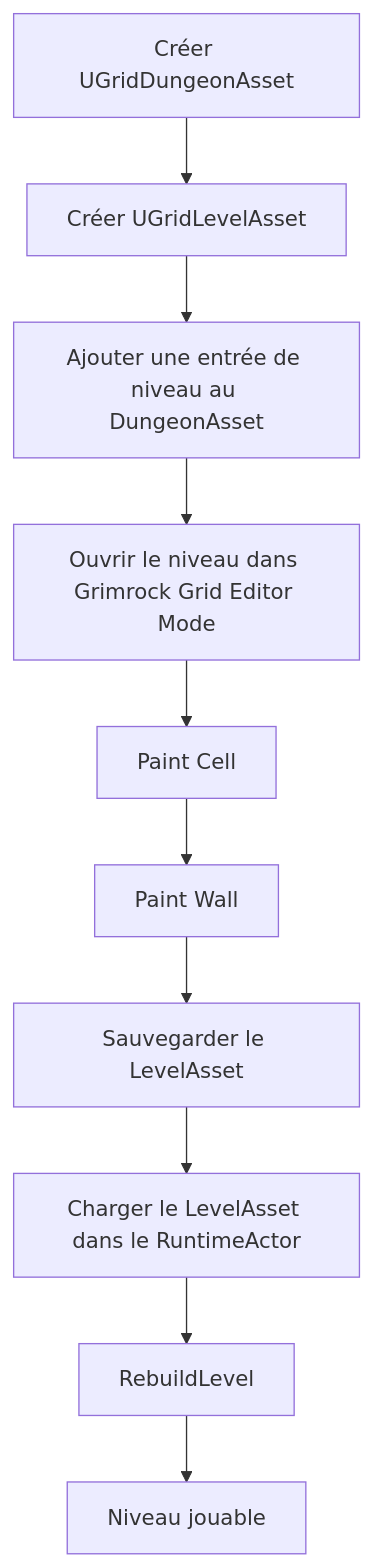
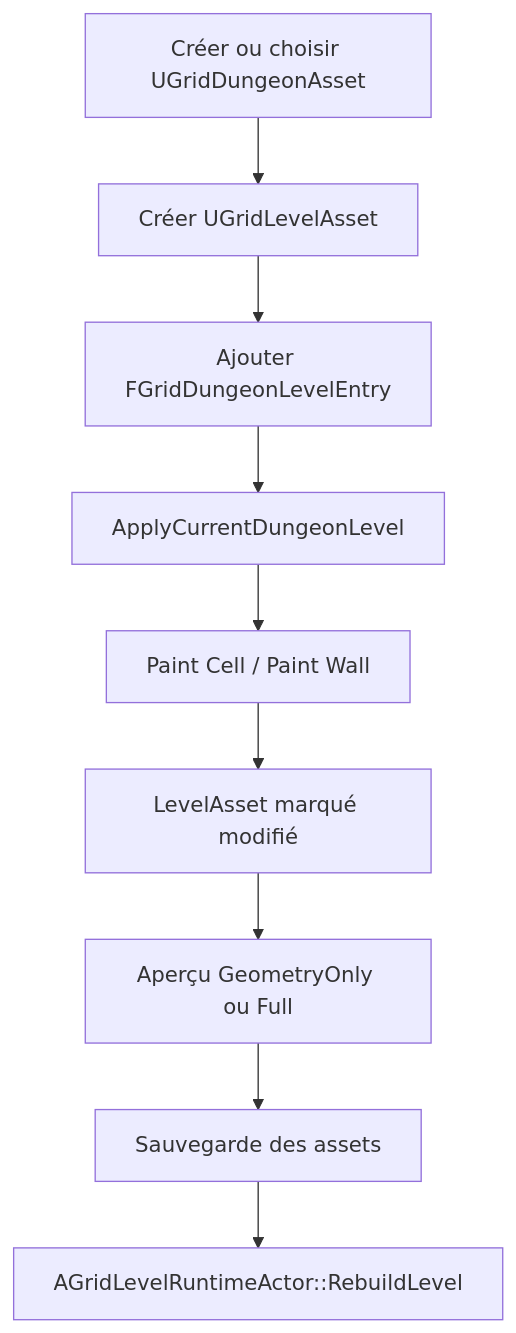
One commit to PhilippeMartin1964/GrimrockPrototype changed the third of 4 diagrams in docs/Architecture/CORE_DUNGEON_LEVEL_GRID.md. Above: the diagram before and after it, drawn with Mermaid. The commit also changed other lines of this file, not shown here.

Commit message:
Review core dungeon grid documentation against code

````diff
--- a/docs/Architecture/CORE_DUNGEON_LEVEL_GRID.md
+++ b/docs/Architecture/CORE_DUNGEON_LEVEL_GRID.md
@@ -537,12 +526,11 @@
 ```mermaid
 flowchart TD
-    A[Créer UGridDungeonAsset] --> B[Créer UGridLevelAsset]
-    B --> C[Ajouter une entrée de niveau au DungeonAsset]
-    C --> D[Ouvrir le niveau dans Grimrock Grid Editor Mode]
-    D --> E[Paint Cell]
-    E --> F[Paint Wall]
-    F --> G[Sauvegarder le LevelAsset]
-    G --> H[Charger le LevelAsset dans le RuntimeActor]
-    H --> I[RebuildLevel]
-    I --> J[Niveau jouable]
+    A[Créer ou choisir UGridDungeonAsset] --> B[Créer UGridLevelAsset]
+    B --> C[Ajouter FGridDungeonLevelEntry]
+    C --> D[ApplyCurrentDungeonLevel]
+    D --> E[Paint Cell / Paint Wall]
+    E --> F[LevelAsset marqué modifié]
+    F --> G[Aperçu GeometryOnly ou Full]
+    G --> H[Sauvegarde des assets]
+    H --> I[AGridLevelRuntimeActor::RebuildLevel]
 ```
````
